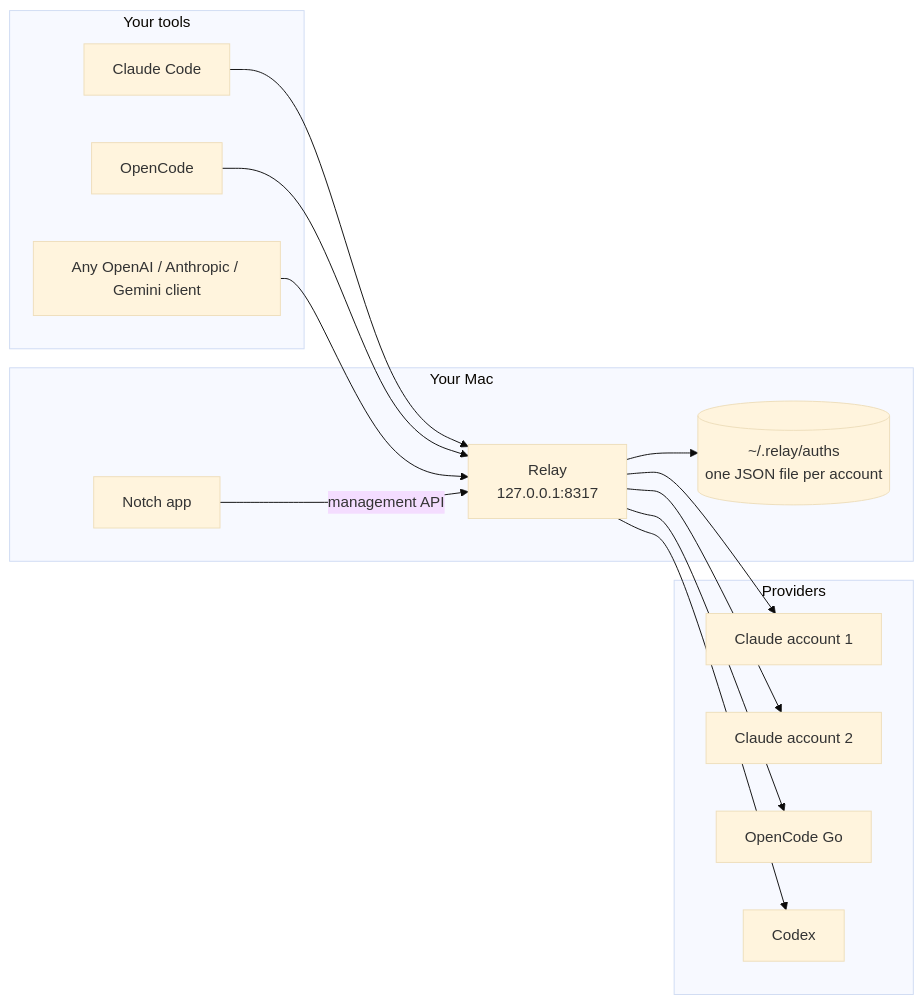
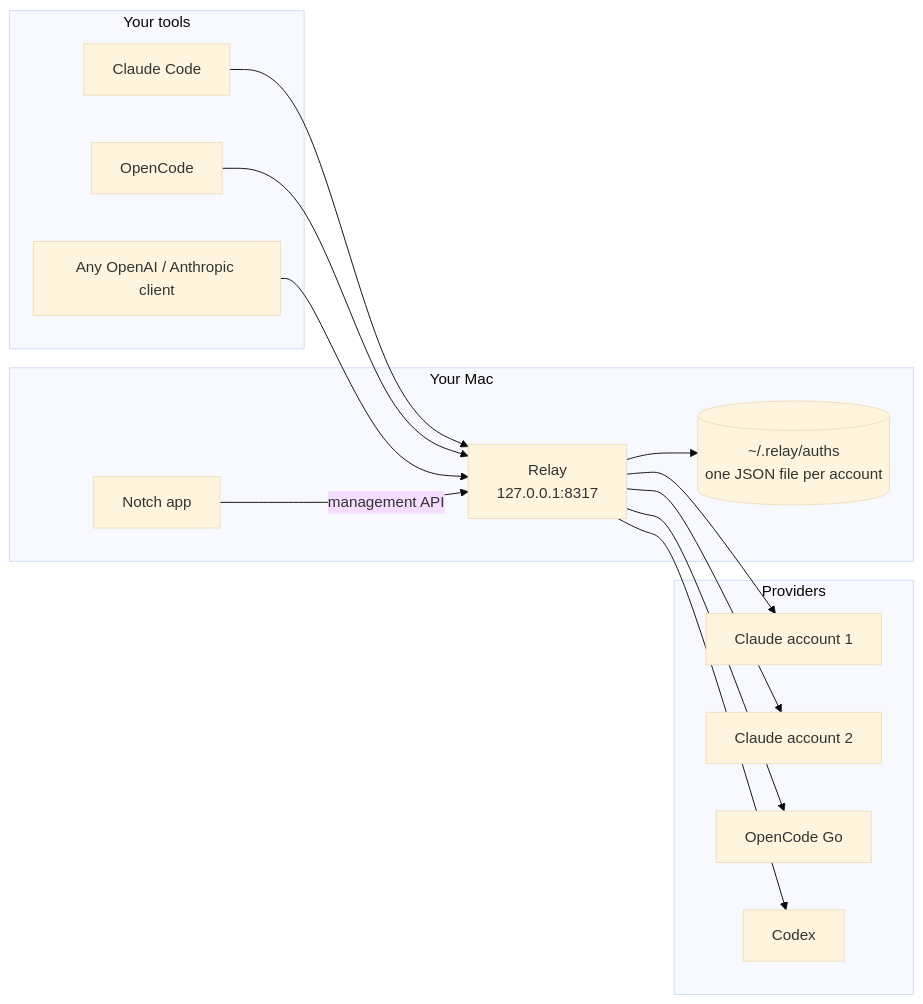
One commit to udit19199/relay changed the diagram in README.md. Above: the diagram before and after it, drawn with Mermaid (base theme). The commit also changed other lines of this file and 159 other files, not shown here.

````diff
--- a/README.md
+++ b/README.md
@@ -20,28 +20,28 @@
 ```mermaid
 flowchart LR
     subgraph clients[Your tools]
         CC[Claude Code]
         OC[OpenCode]
-        AN[Any OpenAI / Anthropic / Gemini client]
+        AN[Any OpenAI / Anthropic client]
     end
     subgraph mac[Your Mac]
         R[Relay<br/>127.0.0.1:8317]
         N[Notch app]
         A[(~/.relay/auths<br/>one JSON file per account)]
     end
     subgraph up[Providers]
         C1[Claude account 1]
         C2[Claude account 2]
         OG[OpenCode Go]
         CX[Codex]
     end
     CC --> R
     OC --> R
     AN --> R
     R --> A
     N -- management API --> R
     R --> C1
     R --> C2
     R --> OG
     R --> CX
 ```
````
